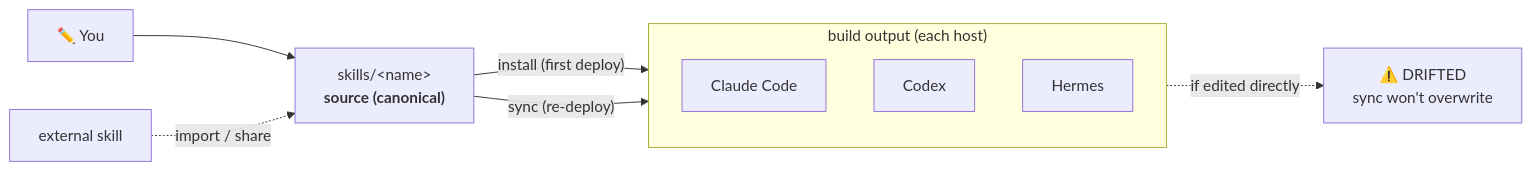
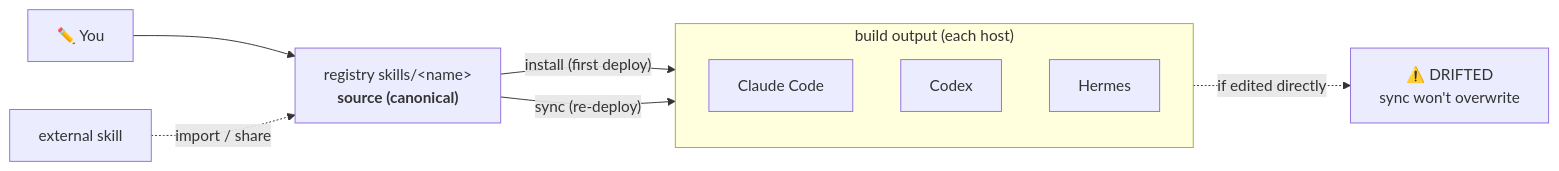
One commit to Seosiju/my-skills changed the diagram in README.md. Above: the diagram before and after it, drawn with Mermaid. The commit also changed other lines of this file and 17 other files, not shown here.

````diff
--- a/README.md
+++ b/README.md
@@ -39,15 +47,15 @@
 ```mermaid
 flowchart LR
-    edit["✏️ You"] --> src["skills/&lt;name&gt;<br/><b>source (canonical)</b>"]
+    edit["✏️ You"] --> src["registry skills/&lt;name&gt;<br/><b>source (canonical)</b>"]
     ext["external skill"] -.->|import / share| src
     src -->|"install (first deploy)"| out
     src -->|"sync (re-deploy)"| out
 
     subgraph out["build output (each host)"]
         c["Claude Code"]
         x["Codex"]
         h["Hermes"]
     end
 
     out -. "if edited directly" .-> drift["⚠️ DRIFTED<br/>sync won't overwrite"]
 ```
````
